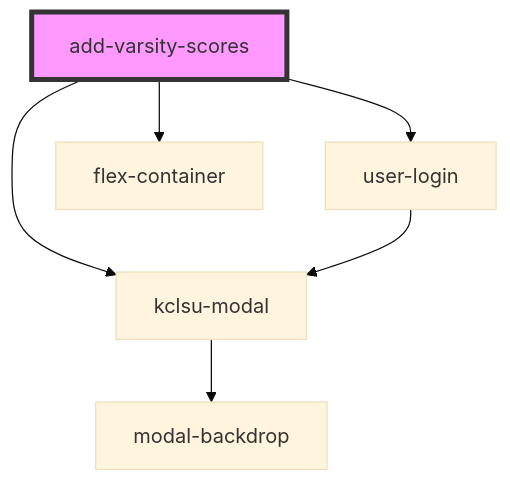
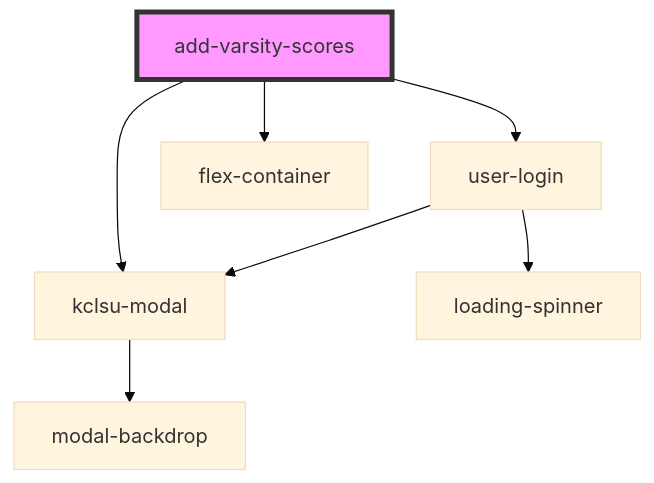
The diagram in src/components/varsity/add-varsity-scores/readme.md (dev-kylo/component_library), drawn with Mermaid (base theme) before and after one commit. The commit also changed 27 other files, not shown here.

````diff
--- a/src/components/varsity/add-varsity-scores/readme.md
+++ b/src/components/varsity/add-varsity-scores/readme.md
@@ -24,9 +24,10 @@
 ```mermaid
 graph TD;
   add-varsity-scores --> user-login
   add-varsity-scores --> flex-container
   add-varsity-scores --> kclsu-modal
   user-login --> kclsu-modal
+  user-login --> loading-spinner
   kclsu-modal --> modal-backdrop
   style add-varsity-scores fill:#f9f,stroke:#333,stroke-width:4px
 ```
````
